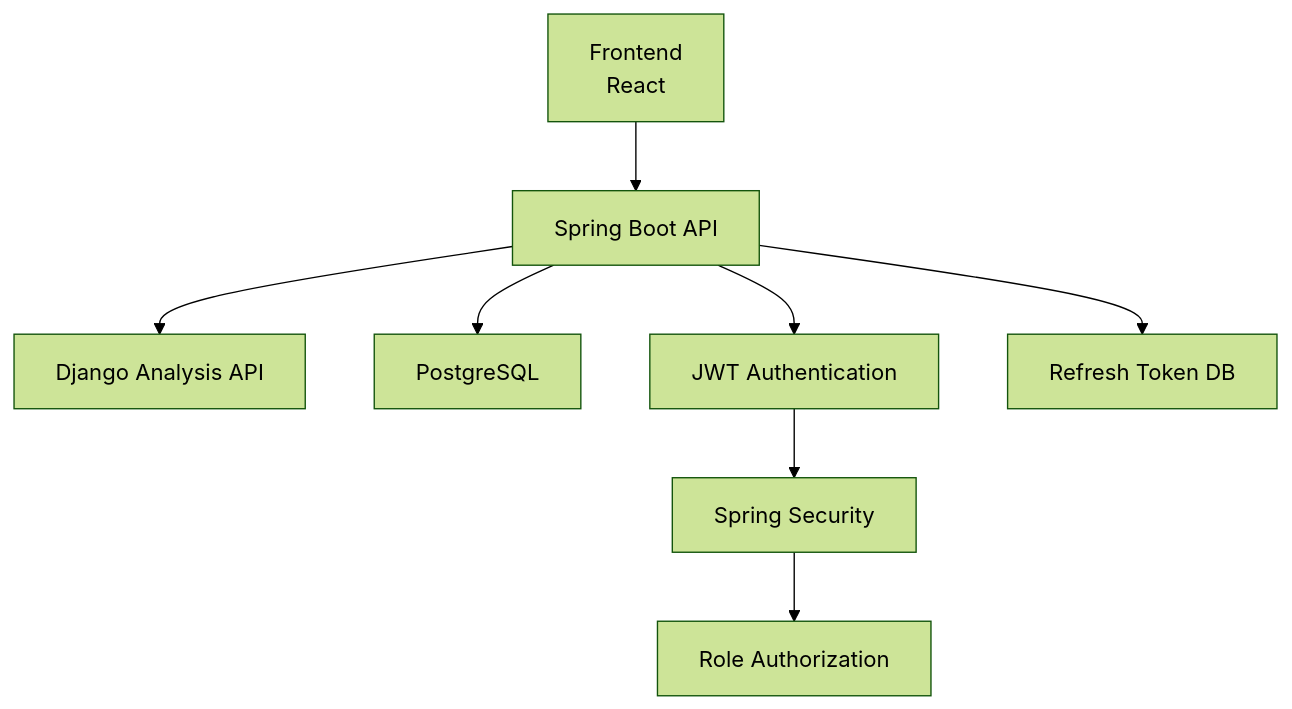
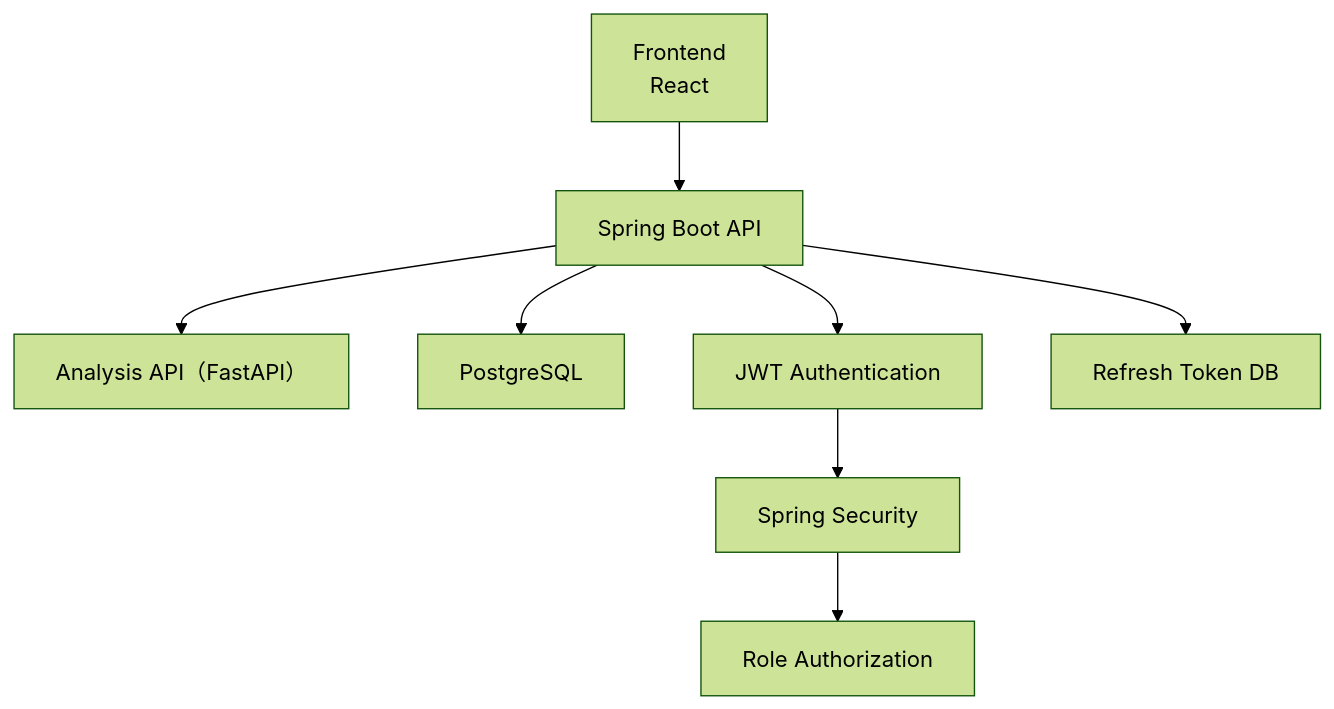
Before and after one commit to hanyeong0815/daipetto: the first of 4 diagrams in docs/09_Security_Design 366d097bd4f78074af53e3854d02bdc6.md, drawn with Mermaid (forest theme). The commit also changed other lines of this file and 69 other files, not shown here.

First line of the commit message:
feat(analysis): FastAPI analysis API behind a Spring relay

````diff
--- a/docs/09_Security_Design 366d097bd4f78074af53e3854d02bdc6.md
+++ b/docs/09_Security_Design 366d097bd4f78074af53e3854d02bdc6.md
@@ -40,33 +40,33 @@
 ```mermaid
 flowchart TB
 
 	A["Frontend<br/>React"]
 
 	B["Spring Boot API"]
 
-	C["Django Analysis API"]
+	C["Analysis API（FastAPI）"]
 
 	D["PostgreSQL"]
 
 	E["JWT Authentication"]
 
 	F["Spring Security"]
 
 	G["Role Authorization"]
 
 	H["Refresh Token DB"]
 
 	A --> B
 
 	B --> E
 
 	E --> F
 
 	F --> G
 
 	B --> D
 
 	B --> H
 
 	B --> C
 ```
````
